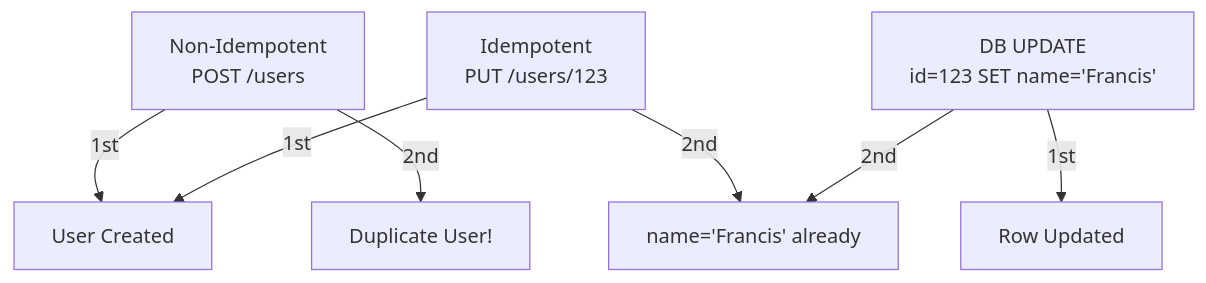
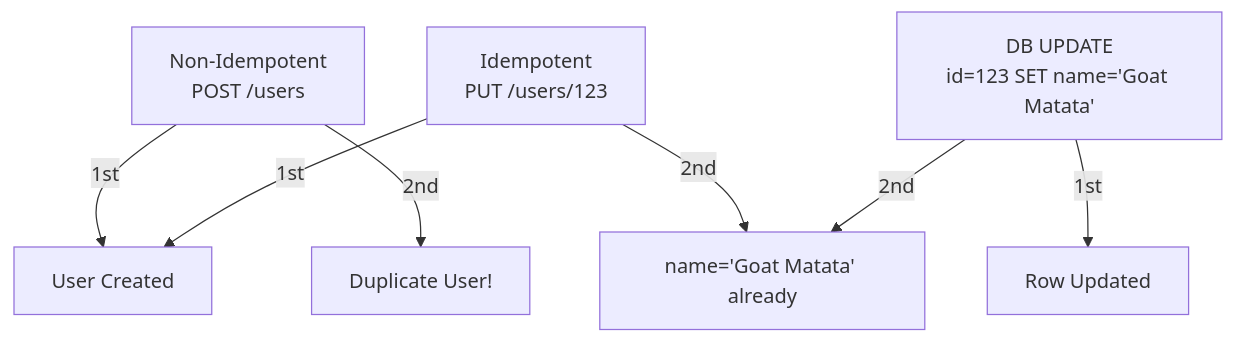
One commit to brk-a/LearnGo changed the second of 8 diagrams in 0x0D-byo_k8s_ops/0-operators.md. Above: the diagram before and after it, drawn with Mermaid. The commit also changed other lines of this file, not shown here.

````diff
--- a/0x0D-byo_k8s_ops/0-operators.md
+++ b/0x0D-byo_k8s_ops/0-operators.md
@@ -88,11 +88,11 @@
 ```mermaid
     graph TD
         NonIdempotent[Non-Idempotent<br/>POST /users] -->|1st| Created[User Created]
         NonIdempotent -->|2nd| Duplicate[Duplicate User!]
         
         Idempotent[Idempotent<br/>PUT /users/123] -->|1st| Created
         Idempotent -->|2nd| NoOp[No-Op<br/>Status 200]
         
-        IdempotentDB[DB UPDATE<br/>id=123 SET name='Francis'] -->|1st| Updated[Row Updated]
-        IdempotentDB -->|2nd| NoOp["name='Francis' already"]
+        IdempotentDB[DB UPDATE<br/>id=123 SET name='Goat Matata'] -->|1st| Updated[Row Updated]
+        IdempotentDB -->|2nd| NoOp["name='Goat Matata' already"]
 ```
````
